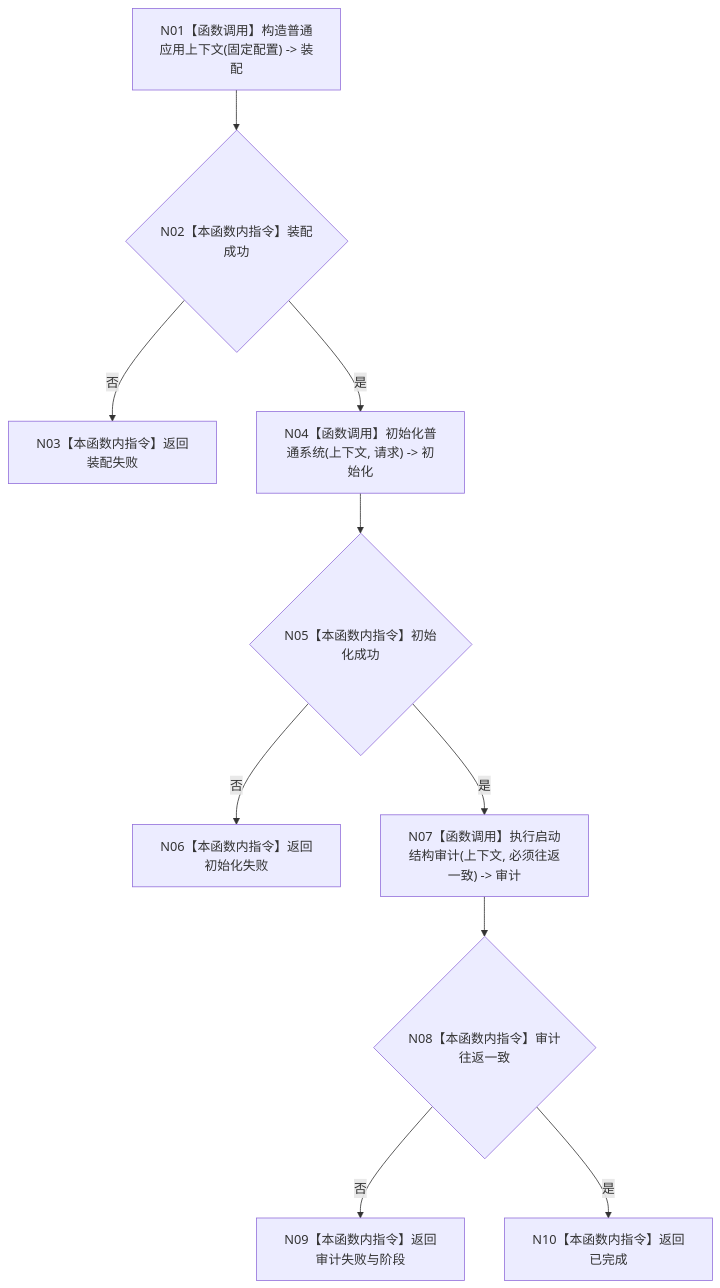
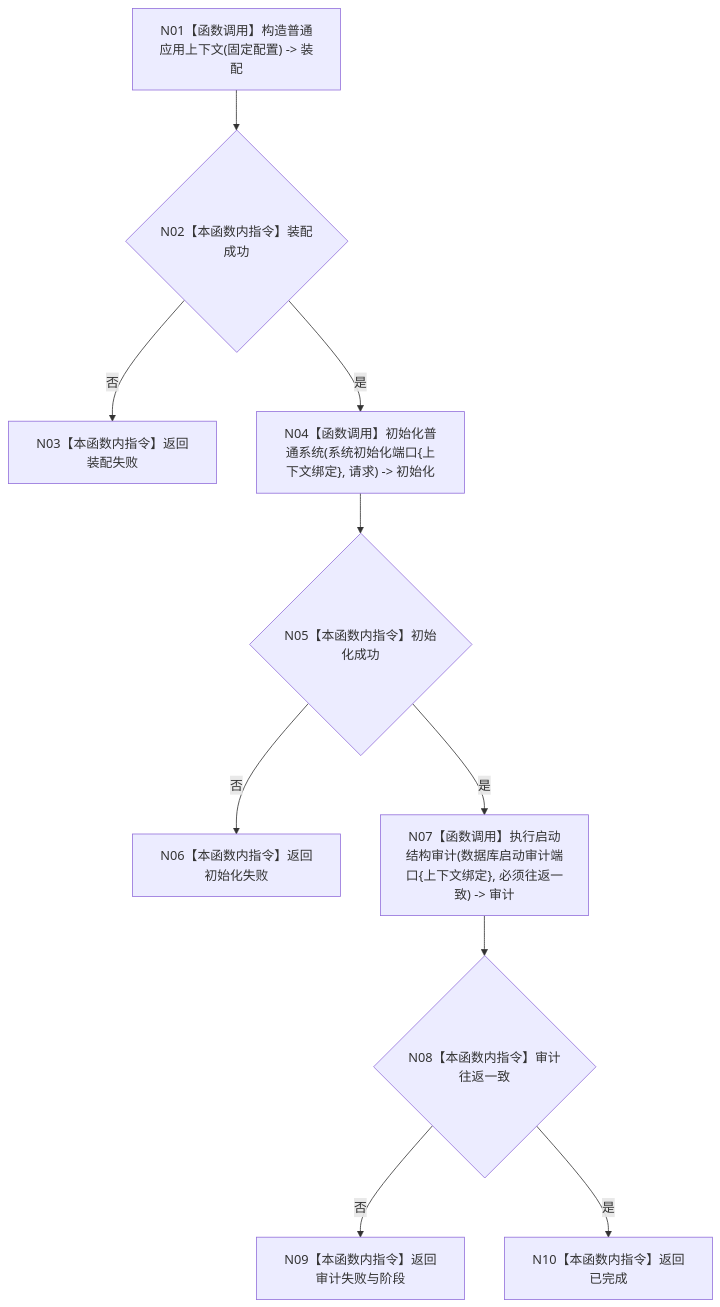
One commit to chunhaizh-cyber/HY-Ego changed the diagram in 流程图/20260726_ENTRY-ONLY_F11_运行数据库专项_施工流程图_v0.1.md. Above: the diagram before and after it, drawn with Mermaid. The commit also changed other lines of this file and 54 other files, not shown here.

````diff
--- a/流程图/20260726_ENTRY-ONLY_F11_运行数据库专项_施工流程图_v0.1.md
+++ b/流程图/20260726_ENTRY-ONLY_F11_运行数据库专项_施工流程图_v0.1.md
@@ -28,12 +28,12 @@
 ```mermaid
 flowchart TD
     N01["N01【函数调用】构造普通应用上下文(固定配置) -> 装配"] --> N02{"N02【本函数内指令】装配成功"}
     N02 -- "否" --> R1["N03【本函数内指令】返回装配失败"]
-    N02 -- "是" --> N04["N04【函数调用】初始化普通系统(上下文, 请求) -> 初始化"]
+    N02 -- "是" --> N04["N04【函数调用】初始化普通系统(系统初始化端口{上下文绑定}, 请求) -> 初始化"]
     N04 --> N05{"N05【本函数内指令】初始化成功"}
     N05 -- "否" --> R2["N06【本函数内指令】返回初始化失败"]
-    N05 -- "是" --> N07["N07【函数调用】执行启动结构审计(上下文, 必须往返一致) -> 审计"]
+    N05 -- "是" --> N07["N07【函数调用】执行启动结构审计(数据库启动审计端口{上下文绑定}, 必须往返一致) -> 审计"]
     N07 --> N08{"N08【本函数内指令】审计往返一致"}
     N08 -- "否" --> R3["N09【本函数内指令】返回审计失败与阶段"]
     N08 -- "是" --> N10["N10【本函数内指令】返回已完成"]
 ```
````
